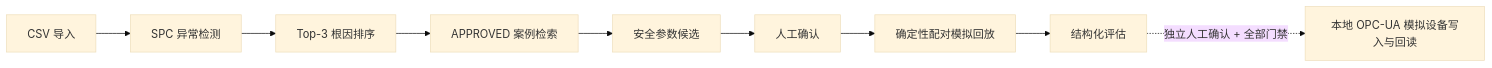
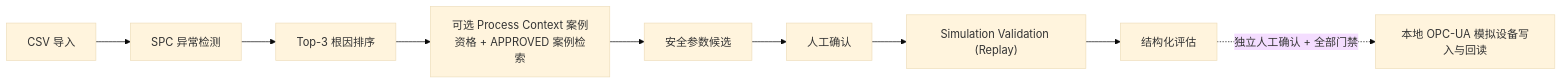
Before and after one commit to gakialter/TuneWise: the first of 2 diagrams in README.md, drawn with Mermaid (base theme). The commit also changed other lines of this file and 11 other files, not shown here.

````diff
--- a/README.md
+++ b/README.md
@@ -36,11 +36,11 @@
 ```mermaid
 flowchart LR
     A["CSV 导入"] --> B["SPC 异常检测"]
     B --> C["Top-3 根因排序"]
-    C --> D["APPROVED 案例检索"]
+    C --> D["可选 Process Context 案例资格 + APPROVED 案例检索"]
     D --> E["安全参数候选"]
     E --> F["人工确认"]
-    F --> G["确定性配对模拟回放"]
+    F --> G["Simulation Validation (Replay)"]
     G --> H["结构化评估"]
     H -. "独立人工确认 + 全部门禁" .-> I["本地 OPC-UA 模拟设备写入与回读"]
 ```
````
